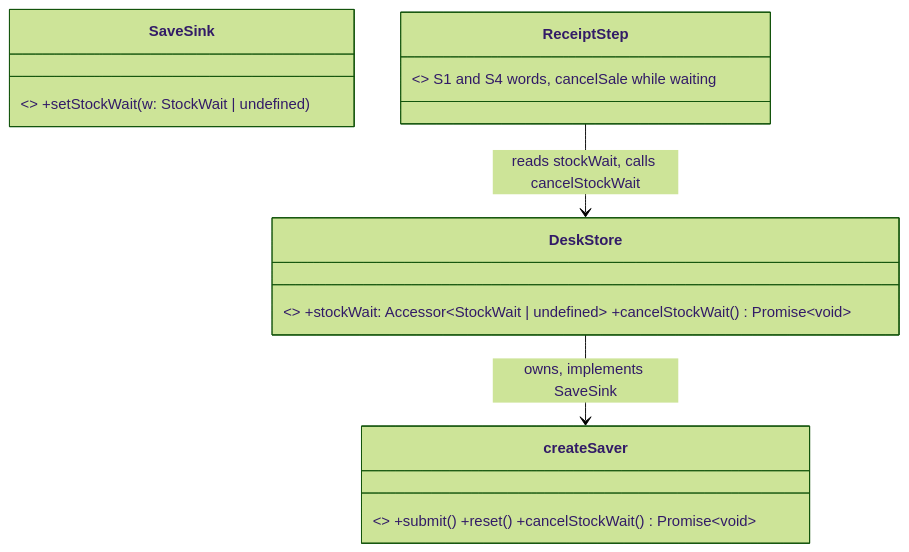
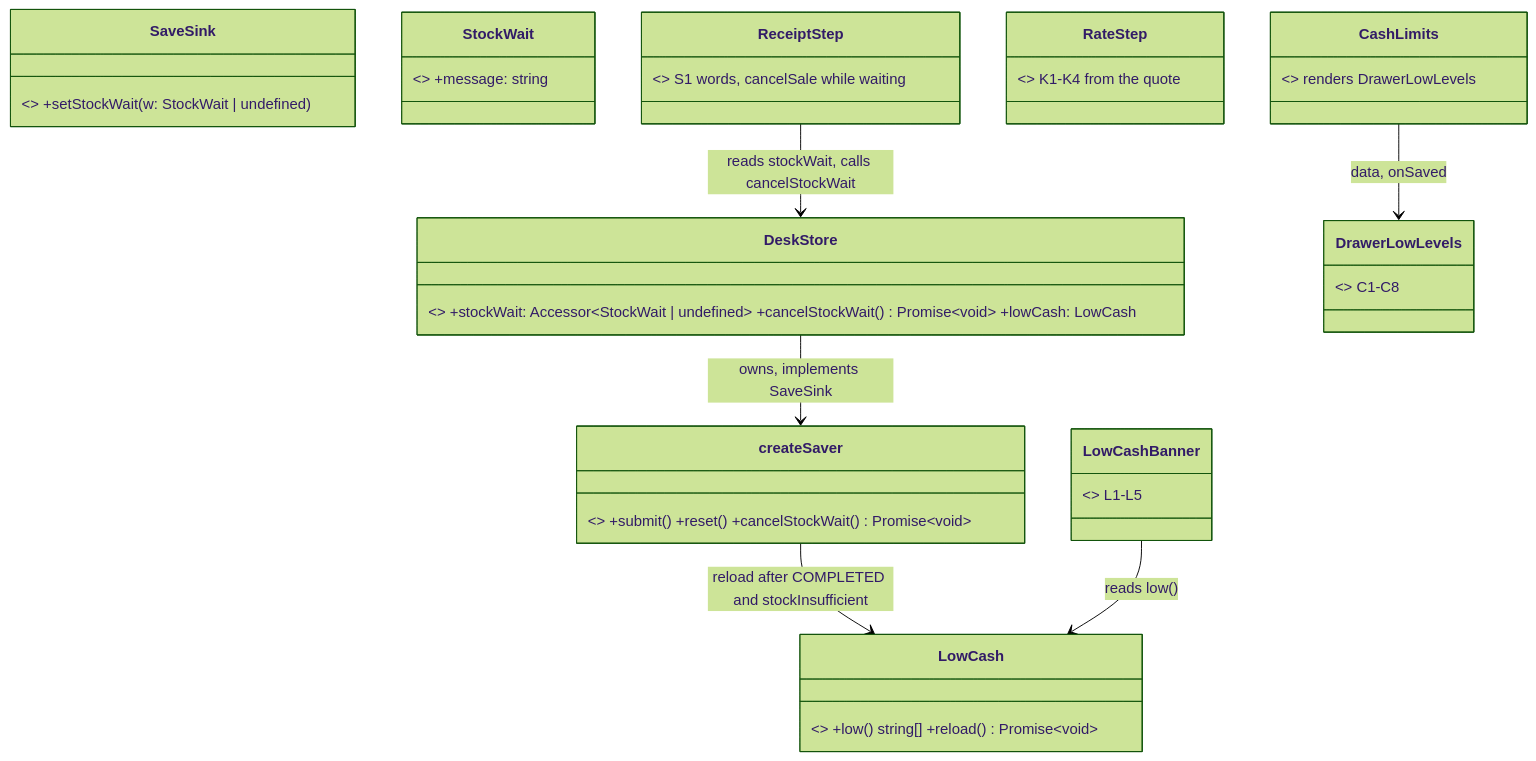
One commit to yuthstyle88/xchange-dev changed the first of 2 diagrams in docs/design/xchange-v3-wave3-desk.md. Above: the diagram before and after it, drawn with Mermaid (forest theme). The commit also changed other lines of this file and 1 other file, not shown here.

First line of the commit message:
docs(design): desk waits for a drawer top-up; key-in and low-cash warnings; drawer levels on #cash-limits (desk §5.4a-e) (#5977)

````diff
--- a/docs/design/xchange-v3-wave3-desk.md
+++ b/docs/design/xchange-v3-wave3-desk.md
@@ -497,9 +559,18 @@
 ```mermaid
 classDiagram
-  class DeskStore { <<web/src/screens/desk/desk-store.ts>> +stockWait: Accessor~StockWait | undefined~ +cancelStockWait() Promise~void~ }
+  class DeskStore { <<web/src/screens/desk/desk-store.ts>> +stockWait: Accessor~StockWait | undefined~ +cancelStockWait() Promise~void~ +lowCash: LowCash }
   class SaveSink { <<web/src/screens/desk/save.ts>> +setStockWait(w: StockWait | undefined) }
   class createSaver { <<web/src/screens/desk/save.ts>> +submit() +reset() +cancelStockWait() Promise~void~ }
-  class ReceiptStep { <<web/src/screens/desk/steps/receipt/step.tsx>> S1 and S4 words, cancelSale while waiting }
+  class StockWait { <<web/src/screens/desk/save.ts>> +message: string }
+  class ReceiptStep { <<web/src/screens/desk/steps/receipt/step.tsx>> S1 words, cancelSale while waiting }
+  class RateStep { <<web/src/screens/desk/steps/rate/step.tsx>> K1-K4 from the quote }
+  class LowCash { <<web/src/screens/desk/low-cash.ts  new>> +low() string[] +reload() Promise~void~ }
+  class LowCashBanner { <<web/src/screens/desk/LowCashBanner.tsx  new>> L1-L5 }
+  class DrawerLowLevels { <<web/src/screens/admin/cash-limits/DrawerLowLevels.tsx  new>> C1-C8 }
+  class CashLimits { <<web/src/screens/admin/cash-limits/CashLimits.tsx>> renders DrawerLowLevels }
   DeskStore --> createSaver : owns, implements SaveSink
+  createSaver --> LowCash : reload after COMPLETED and stockInsufficient
   ReceiptStep --> DeskStore : reads stockWait, calls cancelStockWait
+  LowCashBanner --> LowCash : reads low()
+  CashLimits --> DrawerLowLevels : data, onSaved
 ```
````
